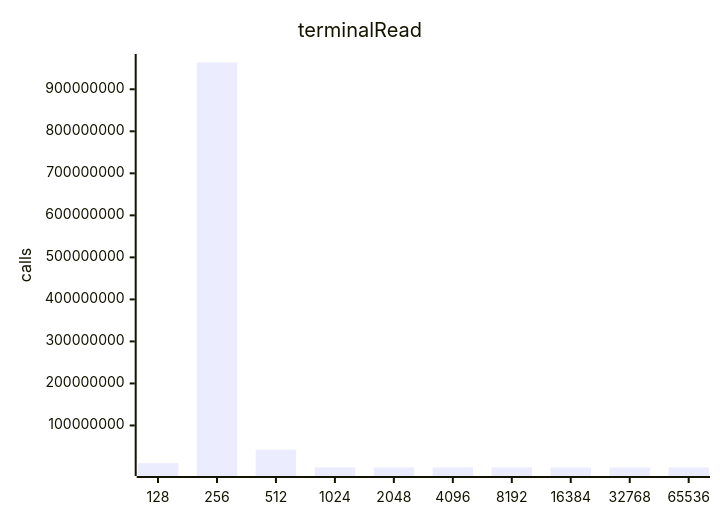
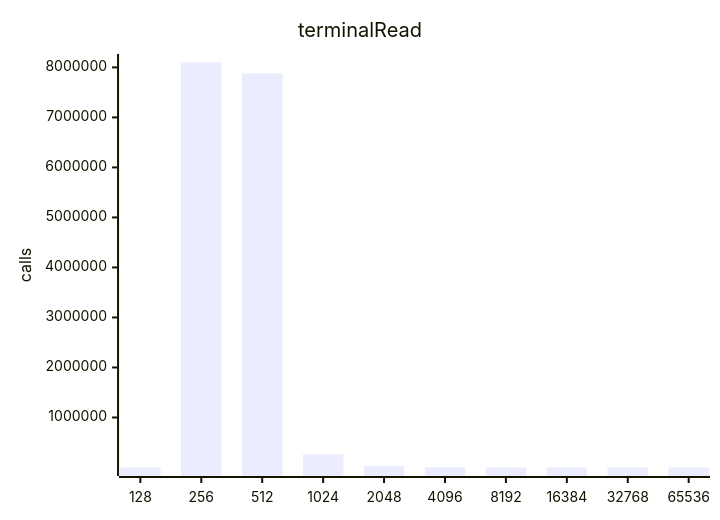
Before and after one commit to jrengmusic/eve: the fifth of 10 diagrams in benchmark/live-report.md, drawn with Mermaid. The commit also changed other lines of this file and 37 other files, not shown here.

````diff
--- a/benchmark/live-report.md
+++ b/benchmark/live-report.md
@@ -1701,7 +1614,7 @@
 ```mermaid
 xychart-beta
 title "terminalRead"
 x-axis ["128", "256", "512", "1024", "2048", "4096", "8192", "16384", "32768", "65536"]
 y-axis "calls"
-bar [10343501.00000000000000000, 963697558.00000000000000000, 42343451.00000000000000000, 241666.00000000000000000, 80596.00000000000000000, 139185.00000000000000000, 21515.00000000000000000, 2690.00000000000000000, 925.00000000000000000, 2.00000000000000000]
+bar [19.00000000000000000, 8097791.00000000000000000, 7879892.00000000000000000, 263738.00000000000000000, 29082.00000000000000000, 5999.00000000000000000, 643.00000000000000000, 94.00000000000000000, 6.00000000000000000, 1.00000000000000000]
 ```
````
